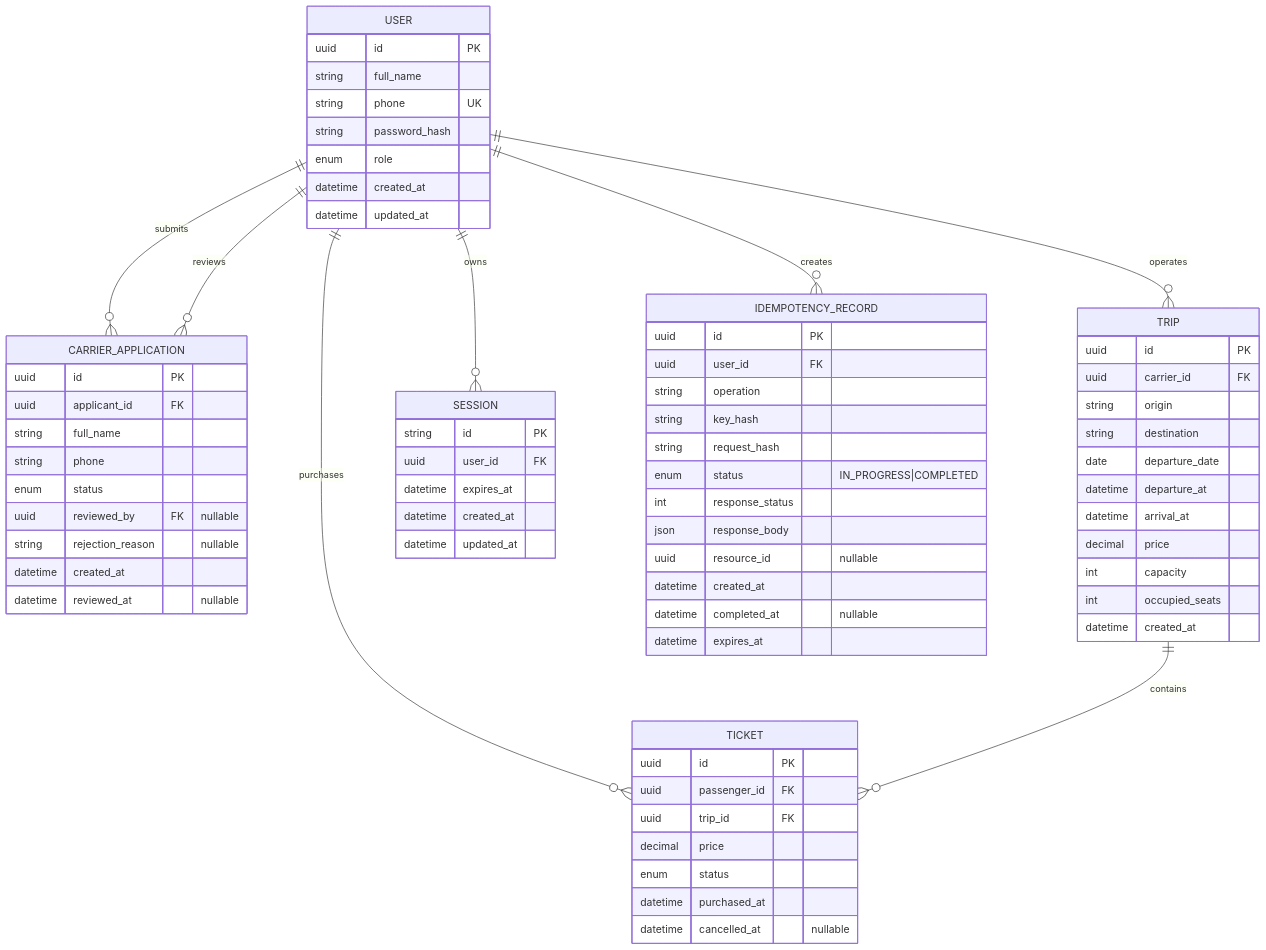
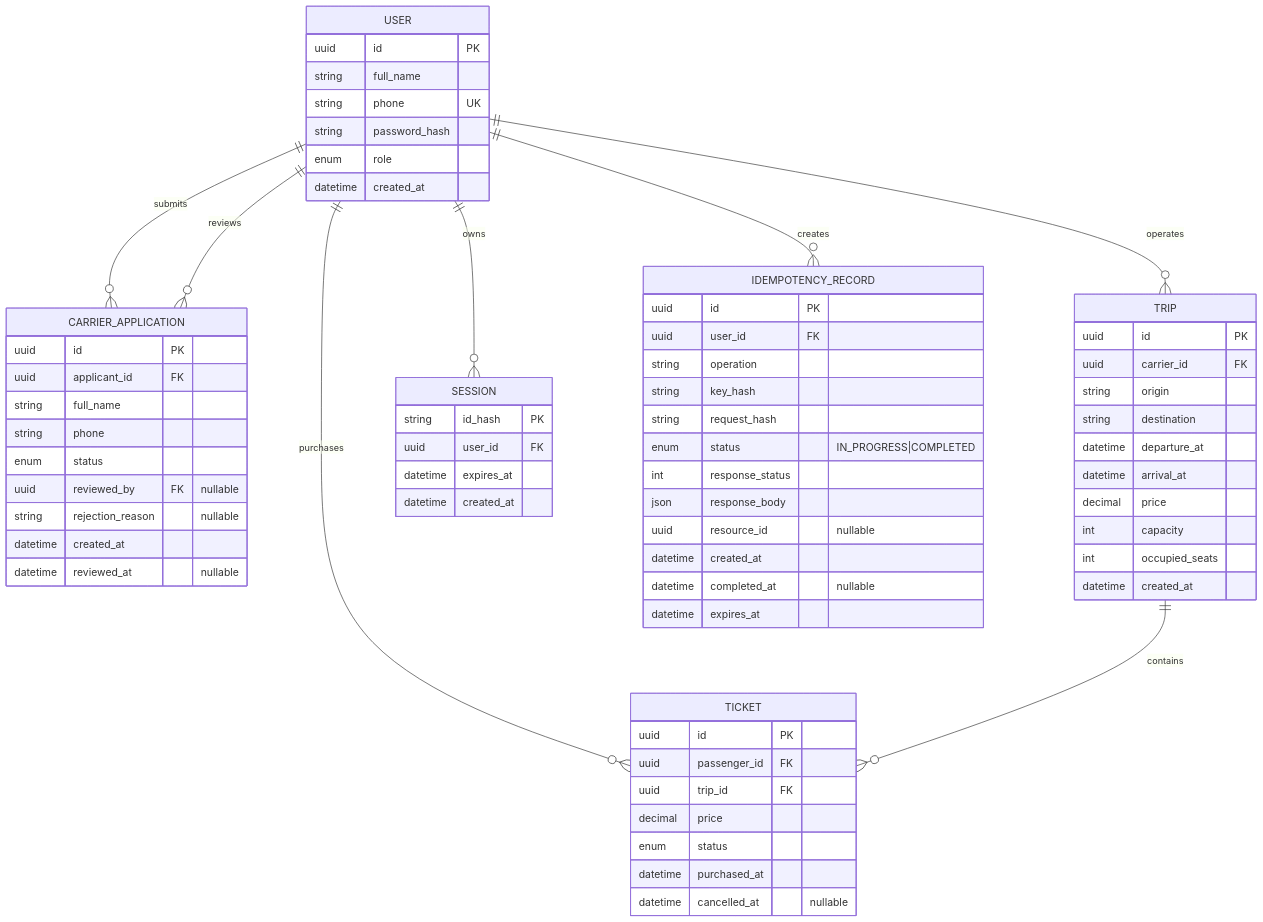
One commit to yur25/AutobusUA changed the diagram in docs/er-diagram.md. Above: the diagram before and after it, drawn with Mermaid. The commit also changed other lines of this file and 47 other files, not shown here.

````diff
--- a/docs/er-diagram.md
+++ b/docs/er-diagram.md
@@ -10,79 +15,76 @@
 ```mermaid
 erDiagram
     USER ||--o{ CARRIER_APPLICATION : submits
     USER ||--o{ TRIP : operates
     USER ||--o{ TICKET : purchases
     USER ||--o{ SESSION : owns
     USER ||--o{ CARRIER_APPLICATION : reviews
     USER ||--o{ IDEMPOTENCY_RECORD : creates
     TRIP ||--o{ TICKET : contains
 
     USER {
         uuid id PK
         string full_name
         string phone UK
         string password_hash
         enum role
         datetime created_at
-        datetime updated_at
     }
 
     CARRIER_APPLICATION {
         uuid id PK
         uuid applicant_id FK
         string full_name
         string phone
         enum status
         uuid reviewed_by FK "nullable"
         string rejection_reason "nullable"
         datetime created_at
         datetime reviewed_at "nullable"
     }
 
     TRIP {
         uuid id PK
         uuid carrier_id FK
         string origin
         string destination
-        date departure_date
         datetime departure_at
         datetime arrival_at
         decimal price
         int capacity
         int occupied_seats
         datetime created_at
     }
 
     TICKET {
         uuid id PK
         uuid passenger_id FK
         uuid trip_id FK
         decimal price
         enum status
         datetime purchased_at
         datetime cancelled_at "nullable"
     }
 
     SESSION {
-        string id PK
+        string id_hash PK
         uuid user_id FK
         datetime expires_at
         datetime created_at
-        datetime updated_at
     }
 
     IDEMPOTENCY_RECORD {
         uuid id PK
         uuid user_id FK
         string operation
         string key_hash
         string request_hash
         enum status "IN_PROGRESS|COMPLETED"
         int response_status
         json response_body
         uuid resource_id "nullable"
         datetime created_at
         datetime completed_at "nullable"
         datetime expires_at
     }
 ```
````
